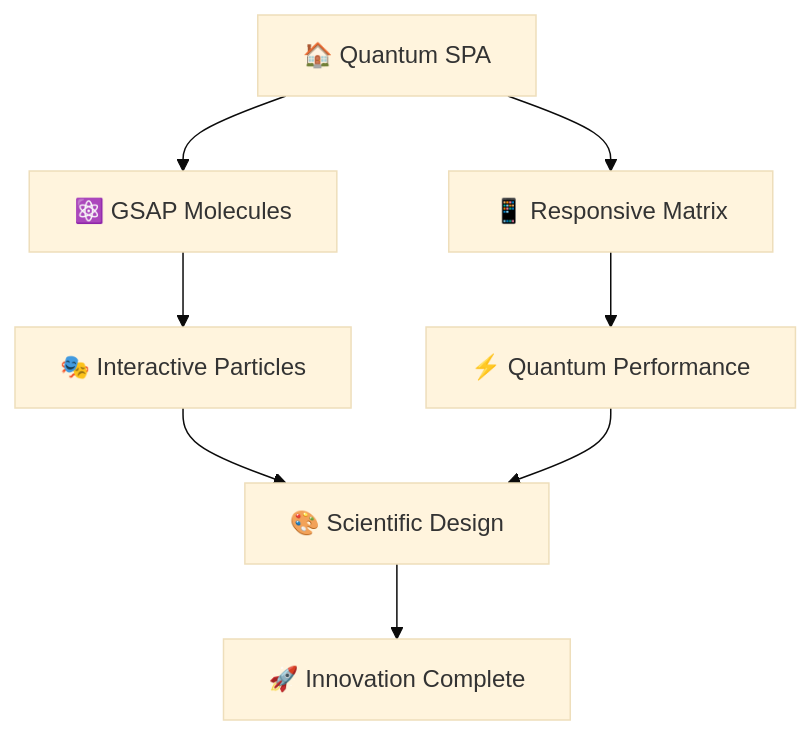
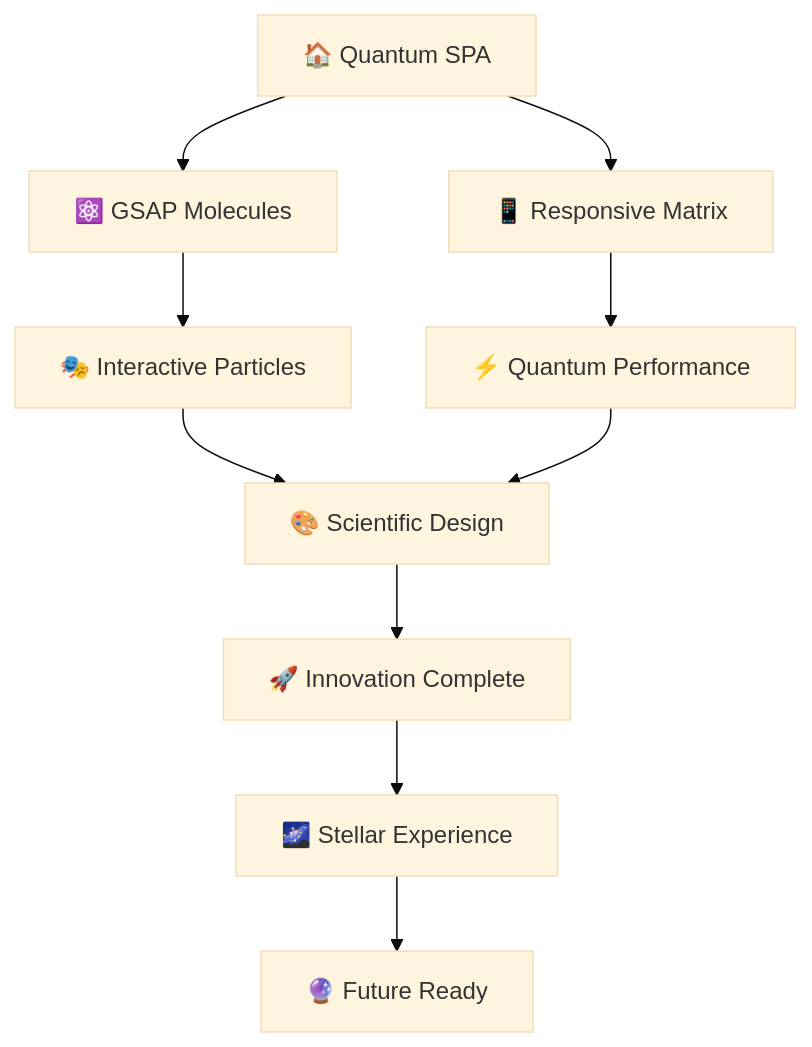
The diagram in README.md (DhanaBalan2001/Portfolio-2.0), drawn with Mermaid (base theme) before and after one commit. The commit also changed other lines of this file, not shown here.

````diff
--- a/README.md
+++ b/README.md
@@ -230,10 +277,12 @@
 ```mermaid
 graph TD
     A[🏠 Quantum SPA] --> B[⚛️ GSAP Molecules]
     A --> C[📱 Responsive Matrix]
     B --> D[🎭 Interactive Particles]
     C --> E[⚡ Quantum Performance]
     D --> F[🎨 Scientific Design]
     E --> F
     F --> G[🚀 Innovation Complete]
+    G --> H[🌌 Stellar Experience]
+    H --> I[🔮 Future Ready]
 ```
````
